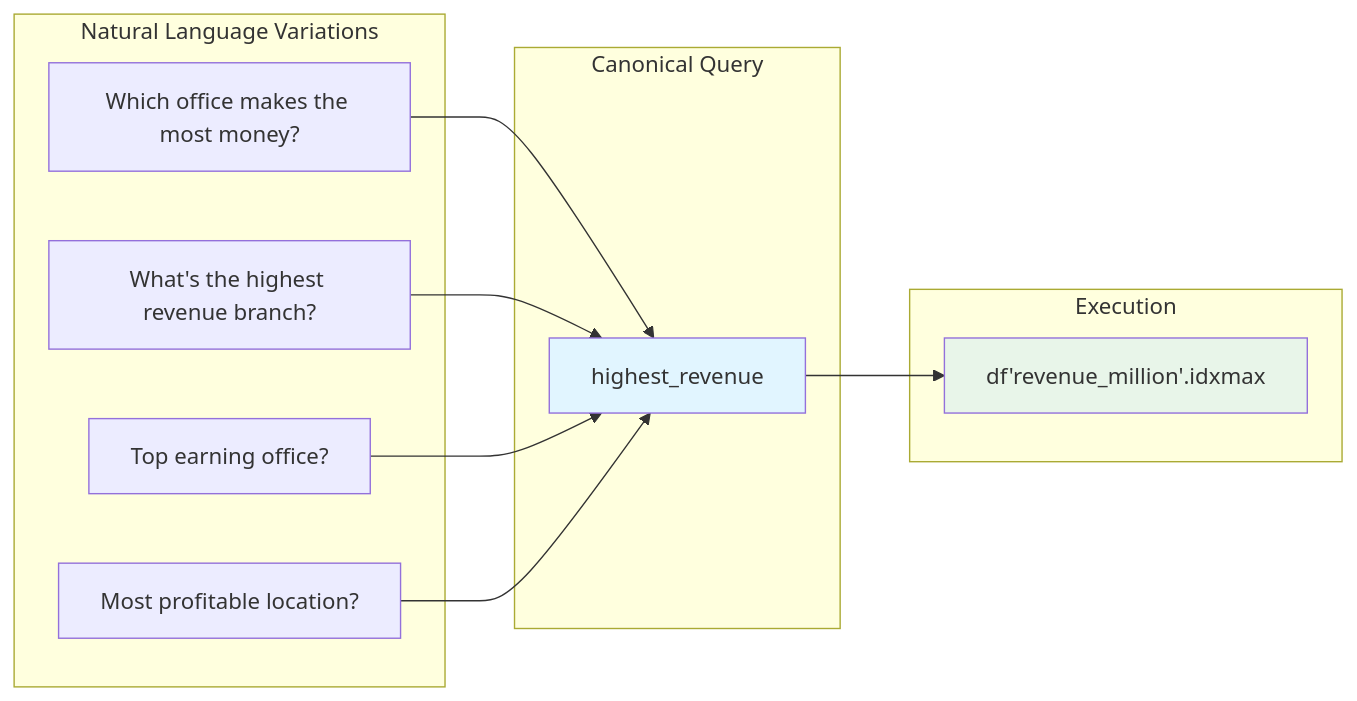
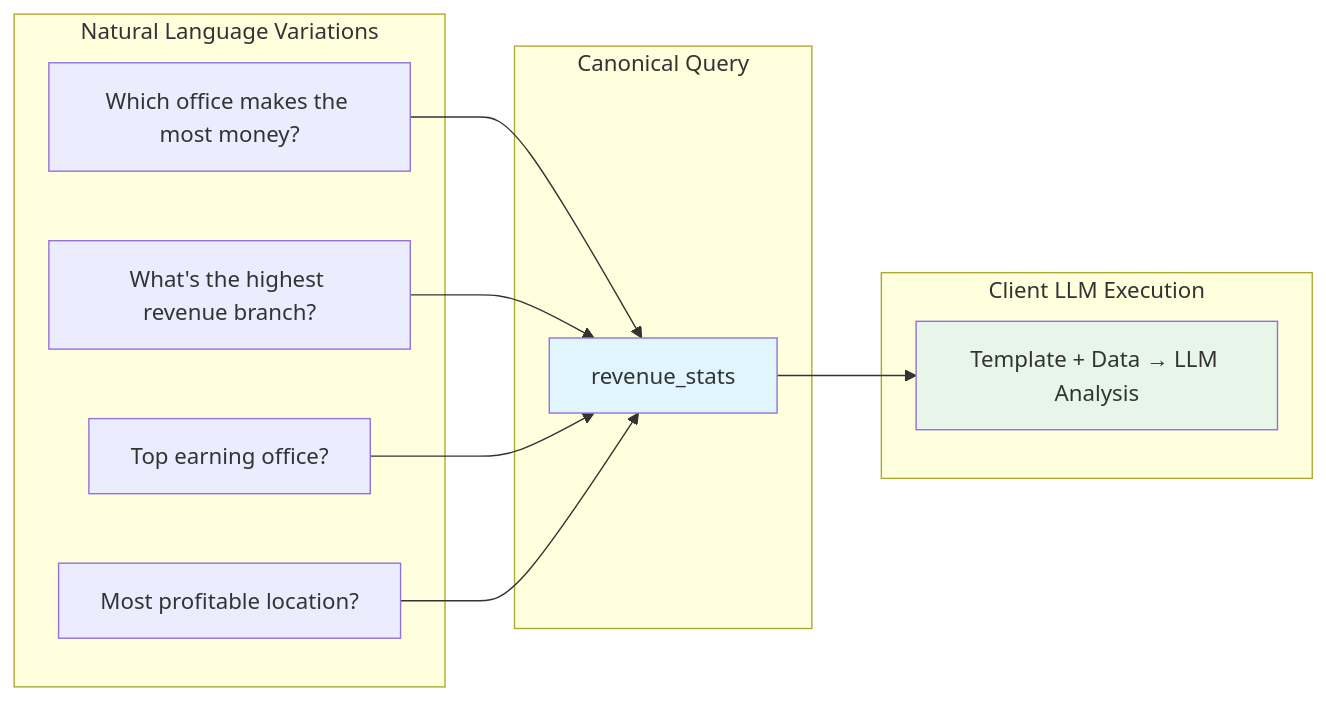
The fifth of 6 diagrams in docs/architecture-lab6.md (skillrepos/ai-3in1), drawn with Mermaid before and after one commit. The commit also changed other lines of this file and 10 other files, not shown here.

Commit message:
update retries and architecture diagrams

````diff
--- a/docs/architecture-lab6.md
+++ b/docs/architecture-lab6.md
@@ -224,26 +312,26 @@
 ```mermaid
 graph LR
     subgraph "Natural Language Variations"
         N1[Which office makes the most money?]
         N2[What's the highest revenue branch?]
         N3[Top earning office?]
         N4[Most profitable location?]
     end
 
     subgraph "Canonical Query"
-        C[highest_revenue]
+        C[revenue_stats]
     end
 
-    subgraph "Execution"
-        E[df'revenue_million'.idxmax]
+    subgraph "Client LLM Execution"
+        E[Template + Data → LLM Analysis]
     end
 
     N1 --> C
     N2 --> C
     N3 --> C
     N4 --> C
     C --> E
 
     style C fill:#e1f5ff
     style E fill:#e8f5e9
 ```
````
